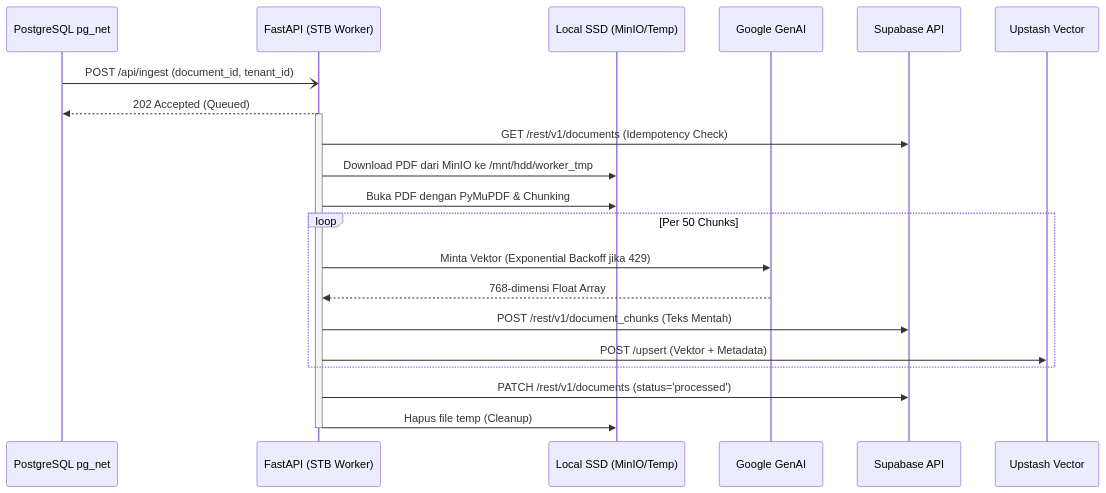
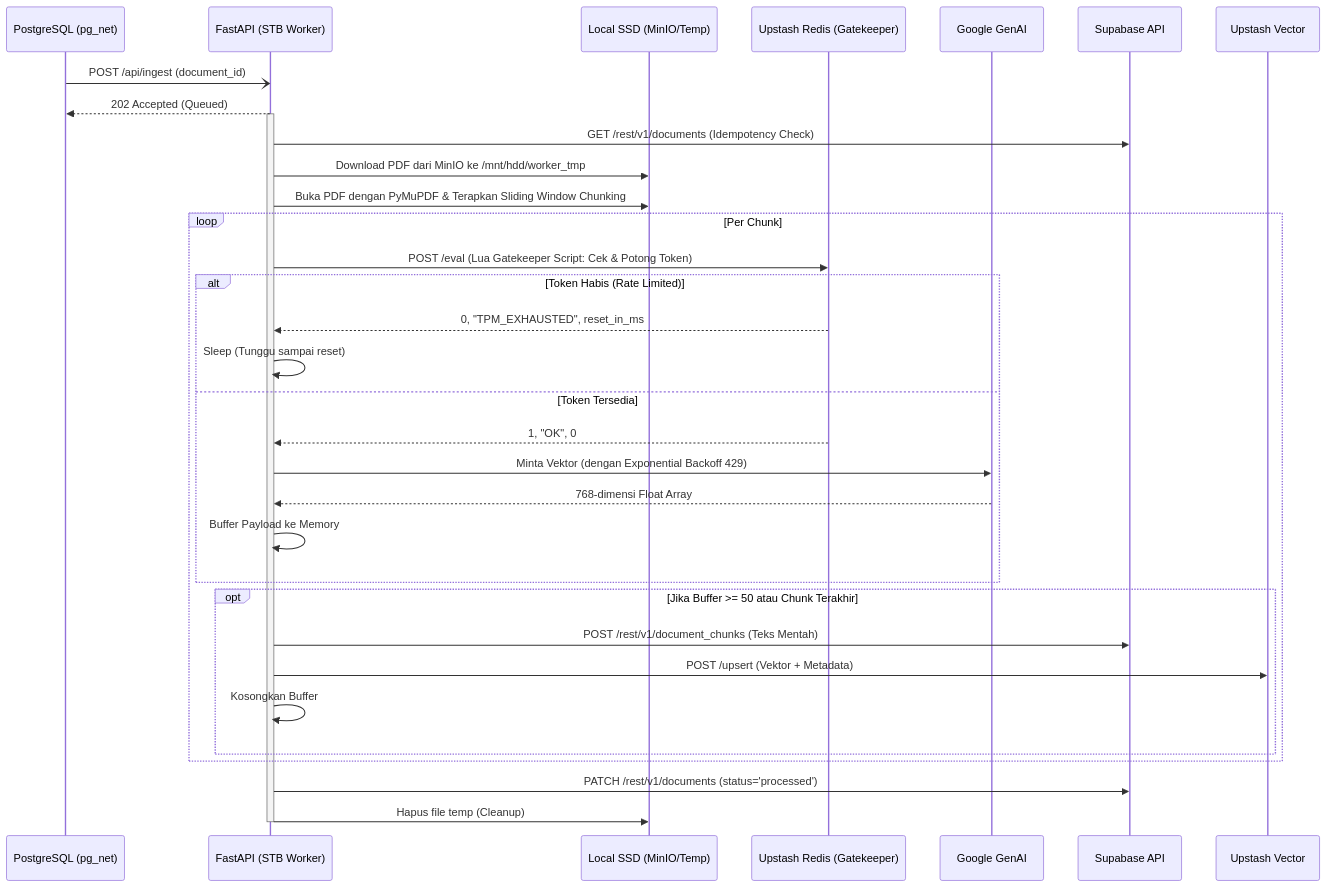
Before and after one commit to kanzhamada/Dokyudo: the diagram in docs/backend/stb-extraction-worker.md, drawn with Mermaid. The commit also changed other lines of this file and 16 other files, not shown here.

````diff
--- a/docs/backend/stb-extraction-worker.md
+++ b/docs/backend/stb-extraction-worker.md
@@ -12,29 +13,41 @@
 ```mermaid
 sequenceDiagram
-    participant Supabase as PostgreSQL pg_net
+    participant Supabase as PostgreSQL (pg_net)
     participant API as FastAPI (STB Worker)
     participant Disk as Local SSD (MinIO/Temp)
+    participant Redis as Upstash Redis (Gatekeeper)
     participant Gemini as Google GenAI
     participant PostgREST as Supabase API
-    participant Upstash as Upstash Vector
+    participant VectorDB as Upstash Vector
 
-    Supabase-)API: POST /api/ingest (document_id, tenant_id)
+    Supabase-)API: POST /api/ingest (document_id)
     API-->>Supabase: 202 Accepted (Queued)
     
     activate API
     API->>PostgREST: GET /rest/v1/documents (Idempotency Check)
     API->>Disk: Download PDF dari MinIO ke /mnt/hdd/worker_tmp
+    API->>Disk: Buka PDF dengan PyMuPDF & Terapkan Sliding Window Chunking
     
-    API->>Disk: Buka PDF dengan PyMuPDF & Chunking
-    
-    loop Per 50 Chunks
-        API->>Gemini: Minta Vektor (Exponential Backoff jika 429)
-        Gemini-->>API: 768-dimensi Float Array
-        API->>PostgREST: POST /rest/v1/document_chunks (Teks Mentah)
-        API->>Upstash: POST /upsert (Vektor + Metadata)
+    loop Per Chunk
+        API->>Redis: POST /eval (Lua Gatekeeper Script: Cek & Potong Token)
+        alt Token Habis (Rate Limited)
+            Redis-->>API: 0, "TPM_EXHAUSTED", reset_in_ms
+            API->>API: Sleep (Tunggu sampai reset)
+        else Token Tersedia
+            Redis-->>API: 1, "OK", 0
+            API->>Gemini: Minta Vektor (dengan Exponential Backoff 429)
+            Gemini-->>API: 768-dimensi Float Array
+            API->>API: Buffer Payload ke Memory
+        end
+        
+        opt Jika Buffer >= 50 atau Chunk Terakhir
+            API->>PostgREST: POST /rest/v1/document_chunks (Teks Mentah)
+            API->>VectorDB: POST /upsert (Vektor + Metadata)
+            API->>API: Kosongkan Buffer
+        end
     end
     
     API->>PostgREST: PATCH /rest/v1/documents (status='processed')
     API->>Disk: Hapus file temp (Cleanup)
     deactivate API
 ```
````
